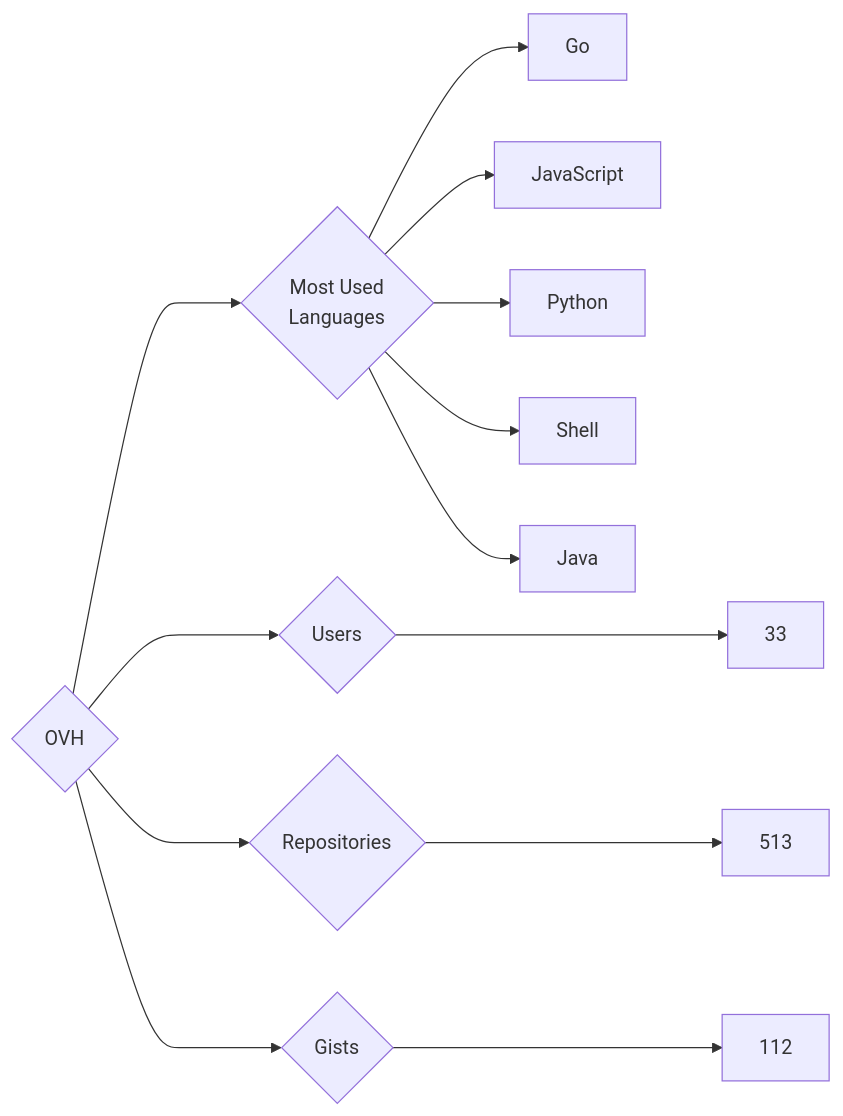
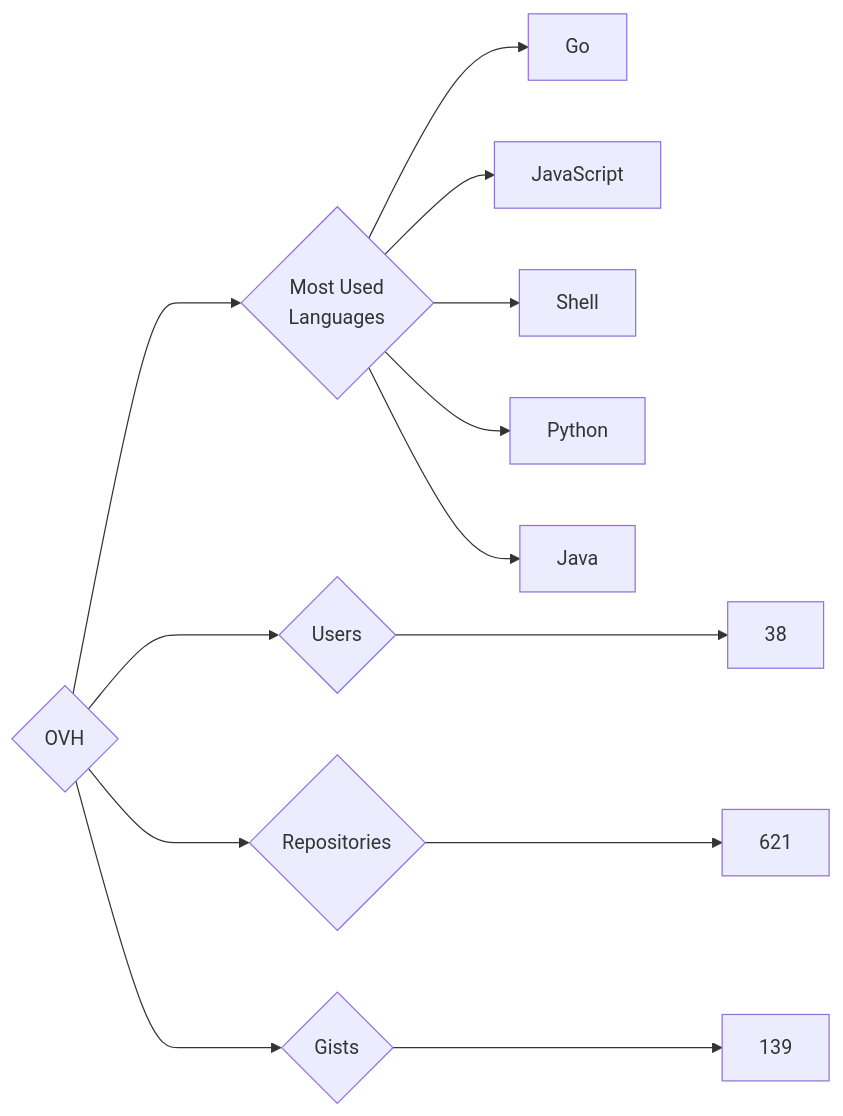
Before and after one commit to trickest/insiders: the diagram in targets/OVH/README.md, drawn with Mermaid. The commit also changed 835 other files, not shown here.

````diff
--- a/targets/OVH/README.md
+++ b/targets/OVH/README.md
@@ -3,13 +3,13 @@
 ```mermaid
 graph LR
 COMPANY_NAME{OVH}
-COMPANY_NAME ---> U{Users} ---> UN[33]
-COMPANY_NAME ---> R{Repositories} ---> RN[513]
-COMPANY_NAME ---> G{Gists} ---> GN[112]
+COMPANY_NAME ---> U{Users} ---> UN[38]
+COMPANY_NAME ---> R{Repositories} ---> RN[621]
+COMPANY_NAME ---> G{Gists} ---> GN[139]
 COMPANY_NAME ---> ML{Most Used<br>Languages}
 ML --> Go[Go]
 ML --> JavaScript[JavaScript]
+ML --> Shell[Shell]
 ML --> Python[Python]
-ML --> Shell[Shell]
 ML --> Java[Java]
 ```
````
